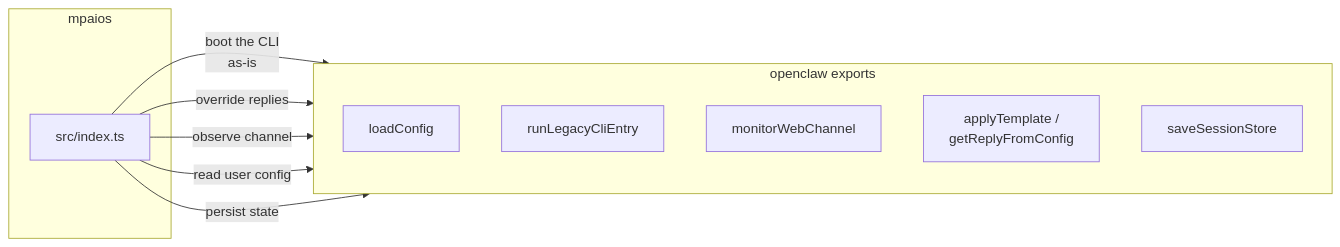
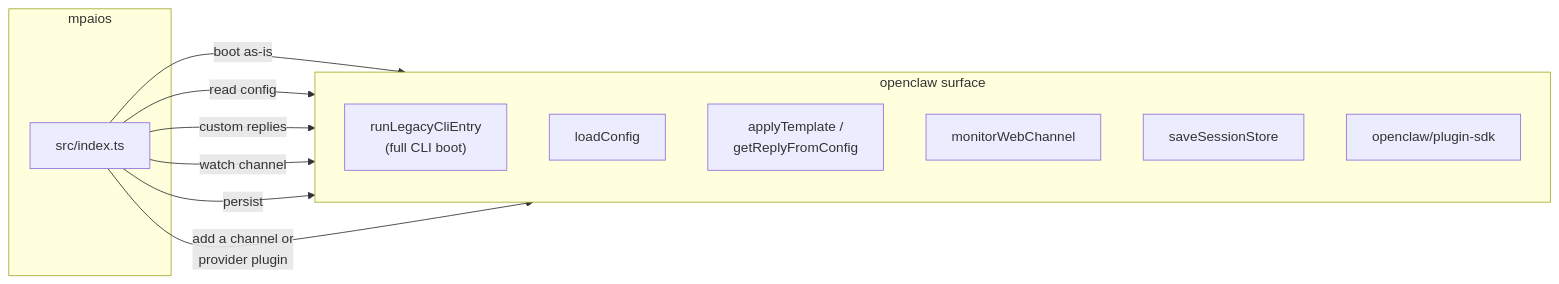
One commit to Mhulick86/mpaios changed the fourth of 5 diagrams in docs/workflow.md. Above: the diagram before and after it, drawn with Mermaid. The commit also changed other lines of this file, not shown here.

First line of the commit message:
Correct workflow diagram to show Claude's role

````diff
--- a/docs/workflow.md
+++ b/docs/workflow.md
@@ -59,20 +109,22 @@
 ```mermaid
 flowchart LR
     subgraph mpaios
       idx["src/index.ts"]
     end
-    subgraph openclaw_api["openclaw exports"]
+    subgraph openclaw_api["openclaw surface"]
       direction TB
+      B["runLegacyCliEntry<br/>(full CLI boot)"]
       A["loadConfig"]
-      B["runLegacyCliEntry"]
+      D["applyTemplate /<br/>getReplyFromConfig"]
       C["monitorWebChannel"]
-      D["applyTemplate /<br/>getReplyFromConfig"]
       E["saveSessionStore"]
+      P["openclaw/plugin-sdk"]
     end
 
-    idx -->|"boot the CLI<br/>as-is"| B
-    idx -->|"override replies"| D
-    idx -->|"observe channel"| C
-    idx -->|"read user config"| A
-    idx -->|"persist state"| E
+    idx -->|"boot as-is"| B
+    idx -->|"read config"| A
+    idx -->|"custom replies"| D
+    idx -->|"watch channel"| C
+    idx -->|"persist"| E
+    idx -->|"add a channel or<br/>provider plugin"| P
 ```
````
